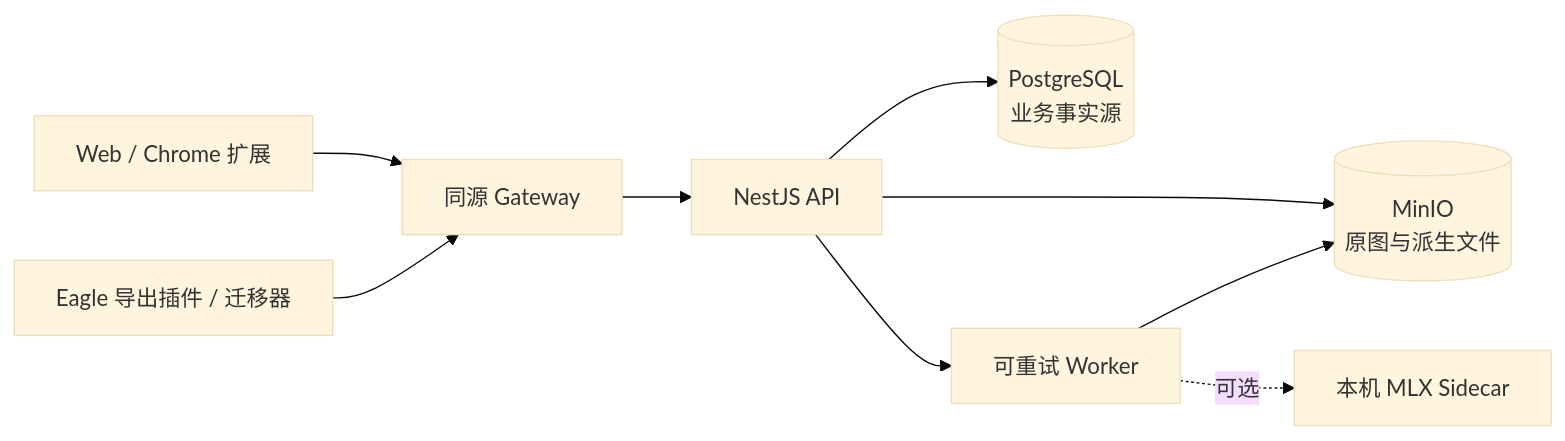
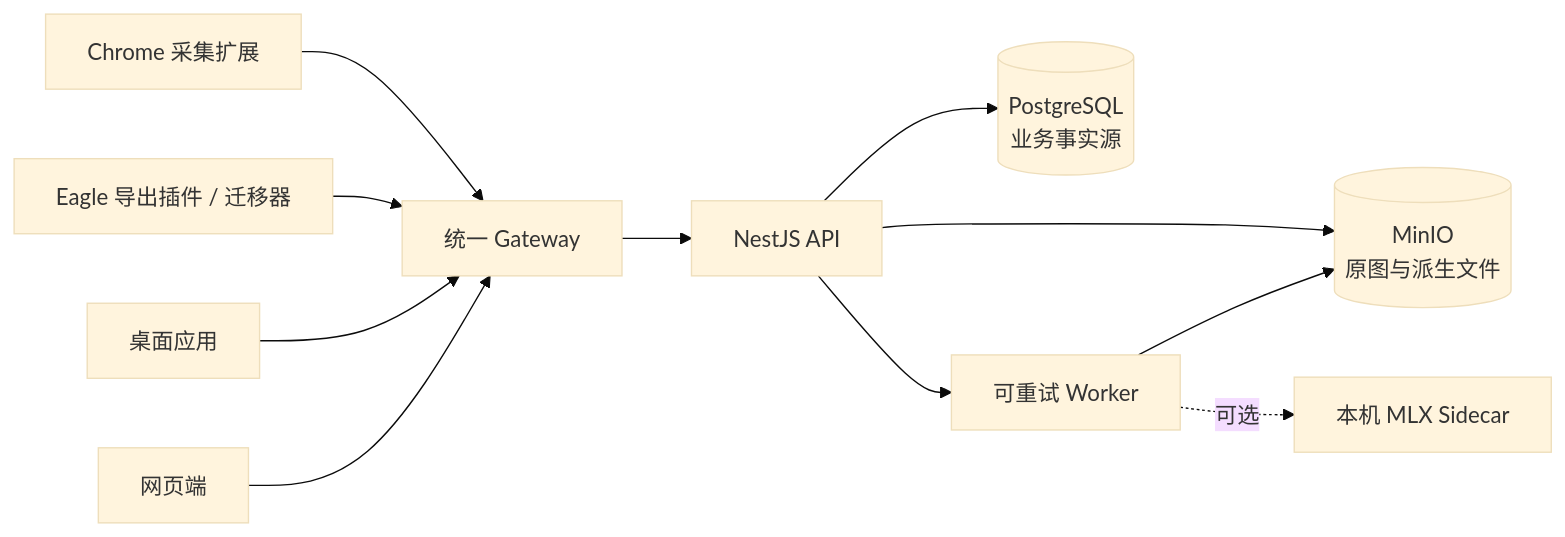
Before and after one commit to Seker800/SekerEagle: the diagram in README.md, drawn with Mermaid (base theme). The commit also changed other lines of this file and 1 other file, not shown here.

````diff
--- a/README.md
+++ b/README.md
@@ -224,11 +239,13 @@
 ```mermaid
 flowchart LR
-  Browser["Web / Chrome 扩展"] --> Gateway["同源 Gateway"]
+  Capture["Chrome 采集扩展"] --> Gateway["统一 Gateway"]
   Eagle["Eagle 导出插件 / 迁移器"] --> Gateway
+  Desktop["桌面应用"] --> Gateway
+  Web["网页端"] --> Gateway
   Gateway --> API["NestJS API"]
   API --> Postgres[("PostgreSQL\n业务事实源")]
   API --> MinIO[("MinIO\n原图与派生文件")]
   API --> Worker["可重试 Worker"]
   Worker --> MinIO
   Worker -. 可选 .-> MLX["本机 MLX Sidecar"]
 ```
````
